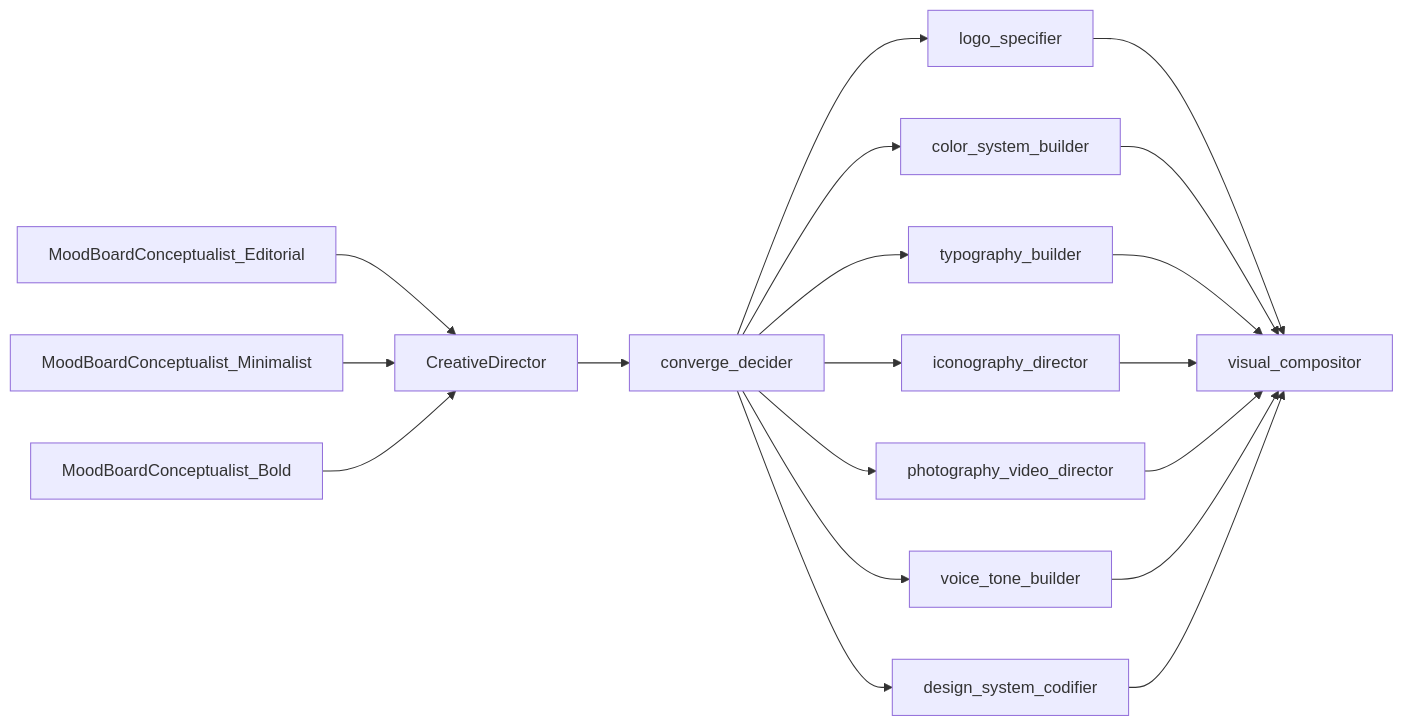
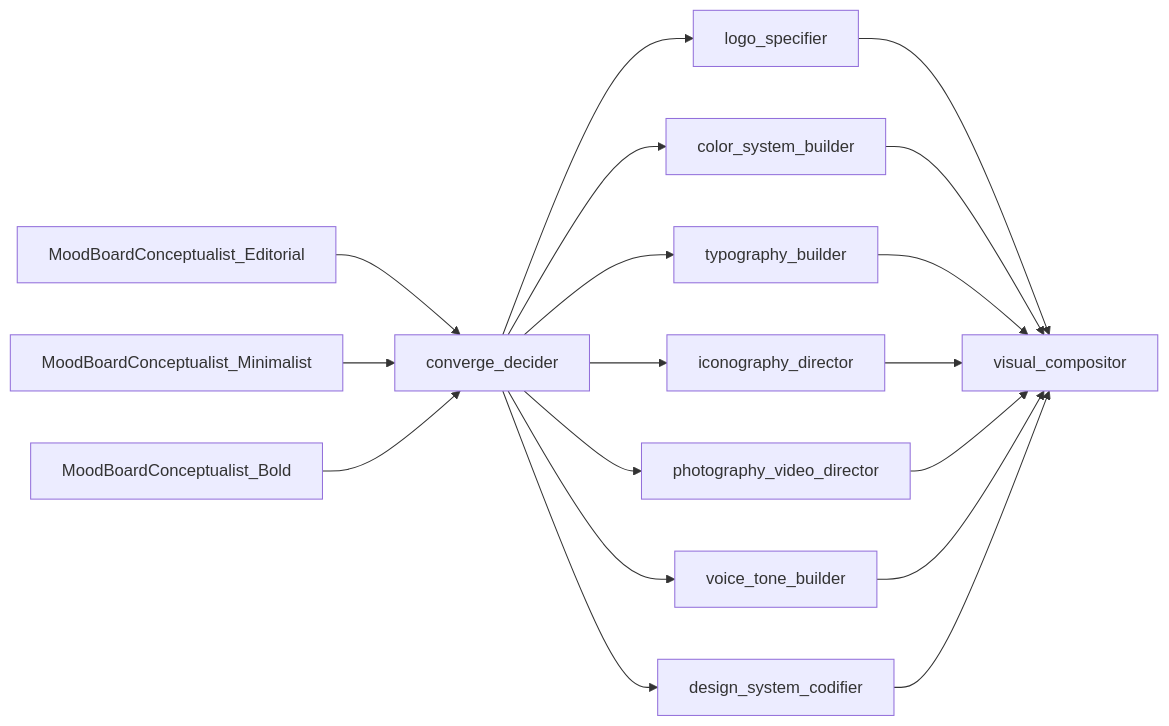
Before and after one commit to brandonkindred/Khala-Agentic-AI-Teams: the second of 3 diagrams in backend/agents/branding_team/README.md, drawn with Mermaid. The commit also changed other lines of this file and 56 other files, not shown here.

````diff
--- a/backend/agents/branding_team/README.md
+++ b/backend/agents/branding_team/README.md
@@ -115,21 +115,20 @@
 ```mermaid
 flowchart LR
-    ed[MoodBoardConceptualist_Editorial] --> cd[CreativeDirector]
-    min[MoodBoardConceptualist_Minimalist] --> cd
-    bold[MoodBoardConceptualist_Bold] --> cd
-    cd --> converge[converge_decider]
+    ed[MoodBoardConceptualist_Editorial] --> converge[converge_decider]
+    min[MoodBoardConceptualist_Minimalist] --> converge
+    bold[MoodBoardConceptualist_Bold] --> converge
     converge --> logo[logo_specifier]
     converge --> color[color_system_builder]
     converge --> typo[typography_builder]
     converge --> icon[iconography_director]
     converge --> photo[photography_video_director]
     converge --> voice[voice_tone_builder]
     converge --> design[design_system_codifier]
     logo --> compositor[visual_compositor]
     color --> compositor
     typo --> compositor
     icon --> compositor
     photo --> compositor
     voice --> compositor
     design --> compositor
 ```
````
